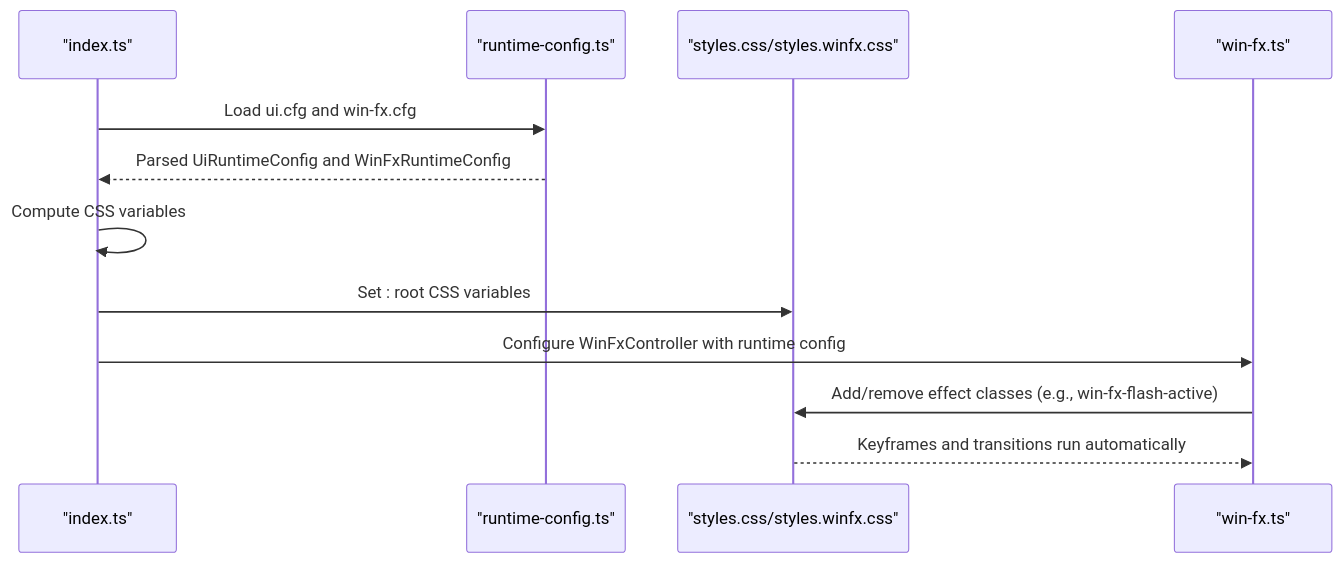
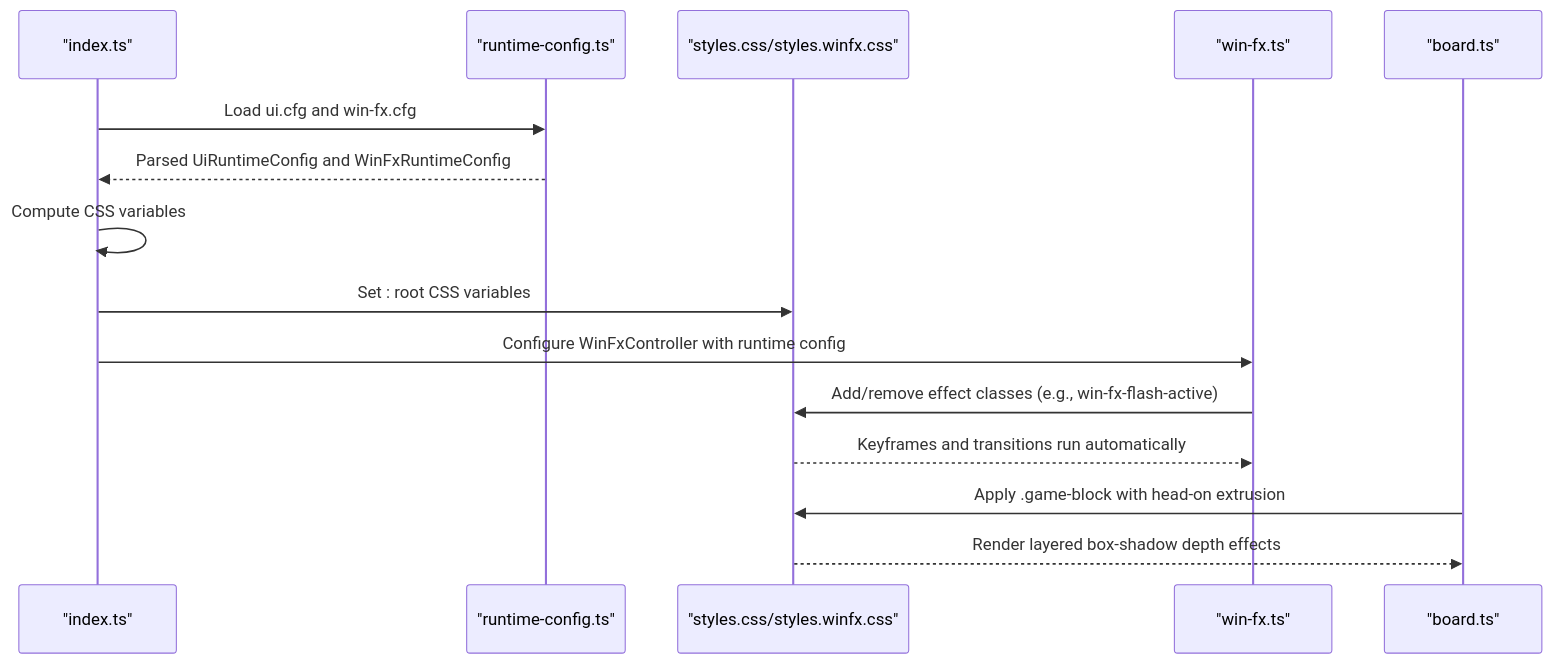
One commit to satyrlord/mb changed the second of 4 diagrams in .qoder/repowiki/en/content/Visual Effects System/CSS Styling and Animation Framework.md. Above: the diagram before and after it, drawn with Mermaid. The commit also changed other lines of this file and 26 other files, not shown here.

````diff
--- a/.qoder/repowiki/en/content/Visual Effects System/CSS Styling and Animation Framework.md
+++ b/.qoder/repowiki/en/content/Visual Effects System/CSS Styling and Animation Framework.md
@@ -110,14 +135,17 @@
 ```mermaid
 sequenceDiagram
 participant Boot as "index.ts"
 participant RC as "runtime-config.ts"
 participant CSS as "styles.css/styles.winfx.css"
 participant FX as "win-fx.ts"
+participant Board as "board.ts"
 Boot->>RC : Load ui.cfg and win-fx.cfg
 RC-->>Boot : Parsed UiRuntimeConfig and WinFxRuntimeConfig
 Boot->>Boot : Compute CSS variables
 Boot->>CSS : Set : root CSS variables
 Boot->>FX : Configure WinFxController with runtime config
 FX->>CSS : Add/remove effect classes (e.g., win-fx-flash-active)
 CSS-->>FX : Keyframes and transitions run automatically
+Board->>CSS : Apply .game-block with head-on extrusion
+CSS-->>Board : Render layered box-shadow depth effects
 ```
````
